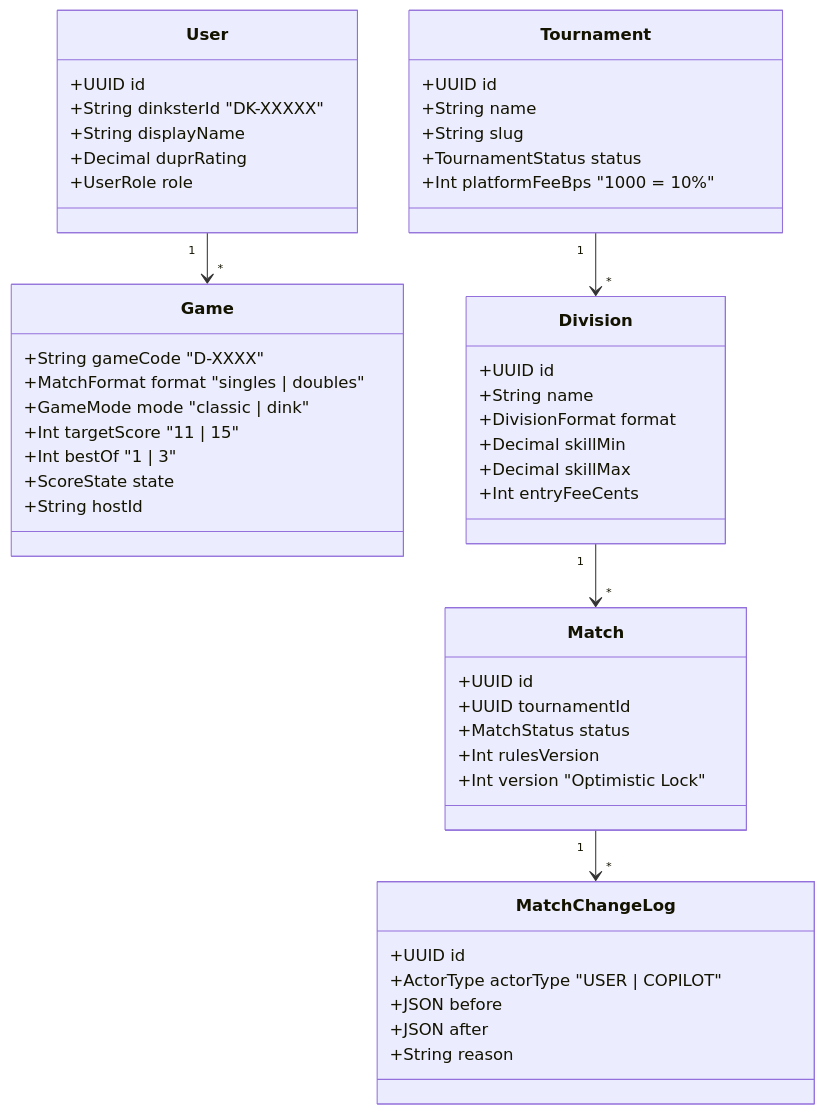
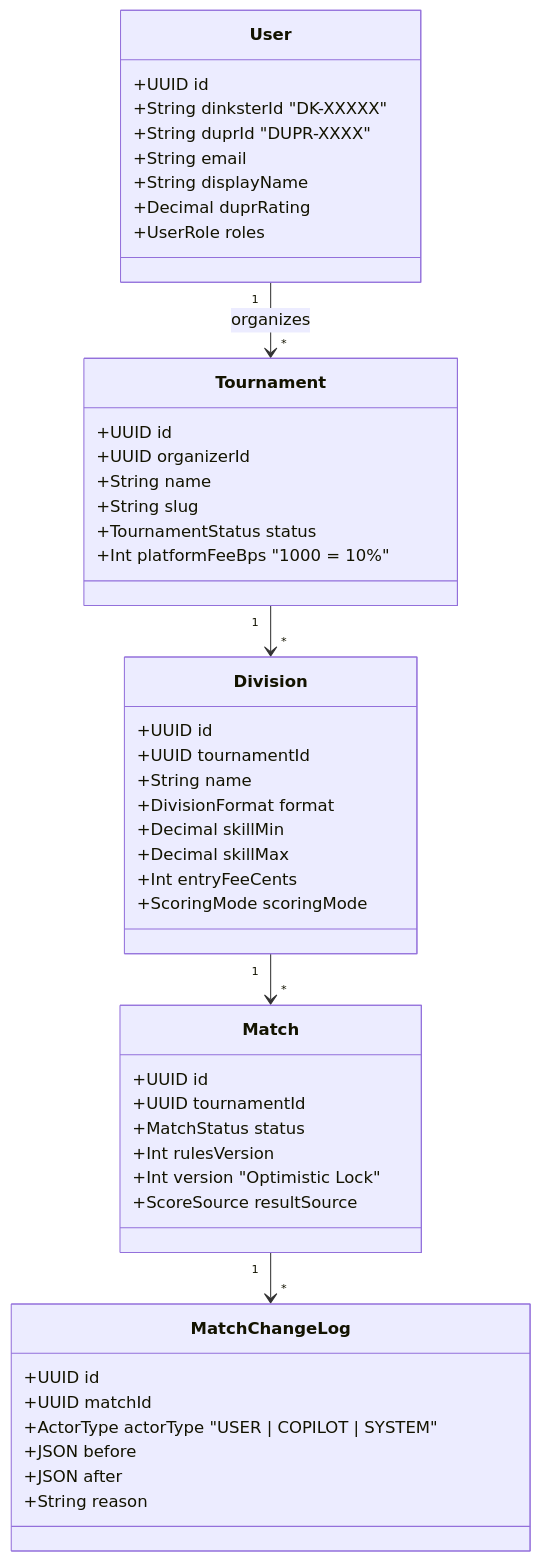
The second of 3 diagrams in docs/ARCHITECTURE_DESIGN.md (AimmanniGit/DinksterPB), drawn with Mermaid before and after one commit. The commit also changed other lines of this file, not shown here.

Commit message:
docs(architecture): update A&D document with decoupled dual-track model and risk matrix

````diff
--- a/docs/ARCHITECTURE_DESIGN.md
+++ b/docs/ARCHITECTURE_DESIGN.md
@@ -102,58 +83,55 @@
 ```mermaid
 classDiagram
     class User {
         +UUID id
         +String dinksterId "DK-XXXXX"
+        +String duprId "DUPR-XXXX"
+        +String email
         +String displayName
         +Decimal duprRating
-        +UserRole role
-    }
-
-    class Game {
-        +String gameCode "D-XXXX"
-        +MatchFormat format "singles | doubles"
-        +GameMode mode "classic | dink"
-        +Int targetScore "11 | 15"
-        +Int bestOf "1 | 3"
-        +ScoreState state
-        +String hostId
+        +UserRole roles
     }
 
     class Tournament {
         +UUID id
+        +UUID organizerId
         +String name
         +String slug
         +TournamentStatus status
         +Int platformFeeBps "1000 = 10%"
     }
 
     class Division {
         +UUID id
+        +UUID tournamentId
         +String name
         +DivisionFormat format
         +Decimal skillMin
         +Decimal skillMax
         +Int entryFeeCents
+        +ScoringMode scoringMode
     }
 
     class Match {
         +UUID id
         +UUID tournamentId
         +MatchStatus status
         +Int rulesVersion
         +Int version "Optimistic Lock"
+        +ScoreSource resultSource
     }
 
     class MatchChangeLog {
         +UUID id
-        +ActorType actorType "USER | COPILOT"
+        +UUID matchId
+        +ActorType actorType "USER | COPILOT | SYSTEM"
         +JSON before
         +JSON after
         +String reason
     }
 
     Tournament "1" --> "*" Division
     Division "1" --> "*" Match
     Match "1" --> "*" MatchChangeLog
-    User "1" --> "*" Game
+    User "1" --> "*" Tournament : organizes
 ```
````
